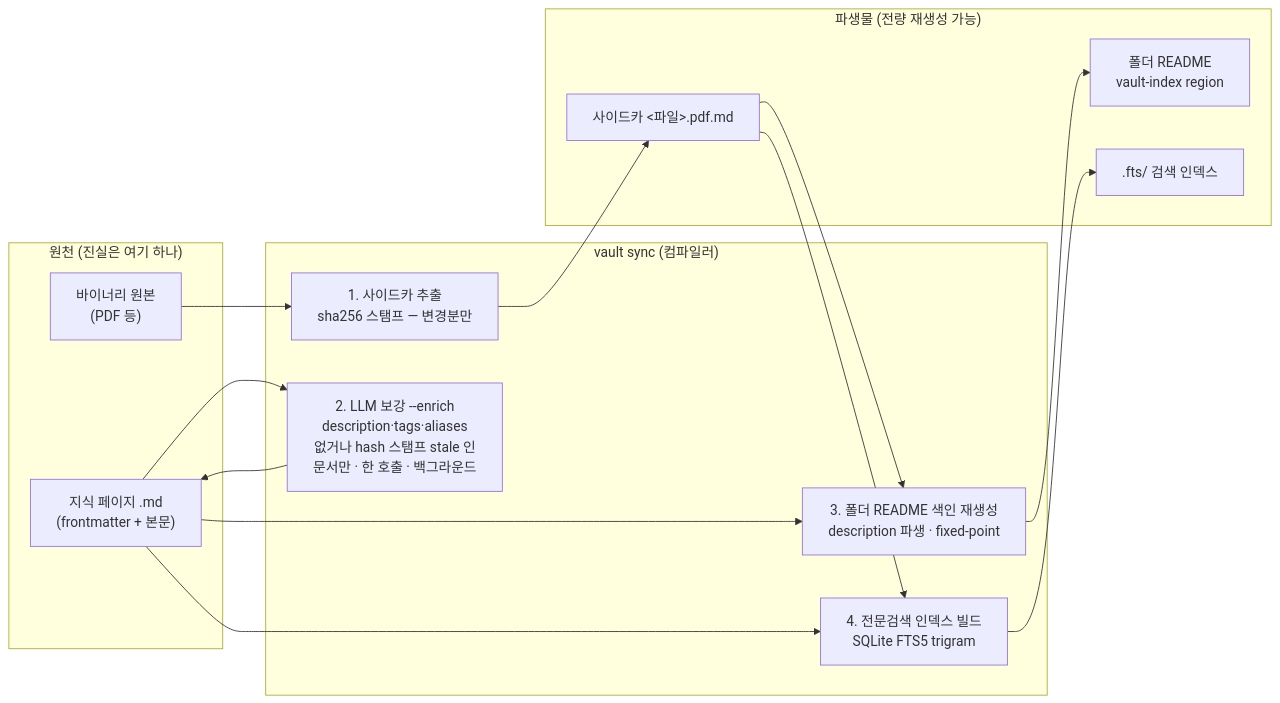
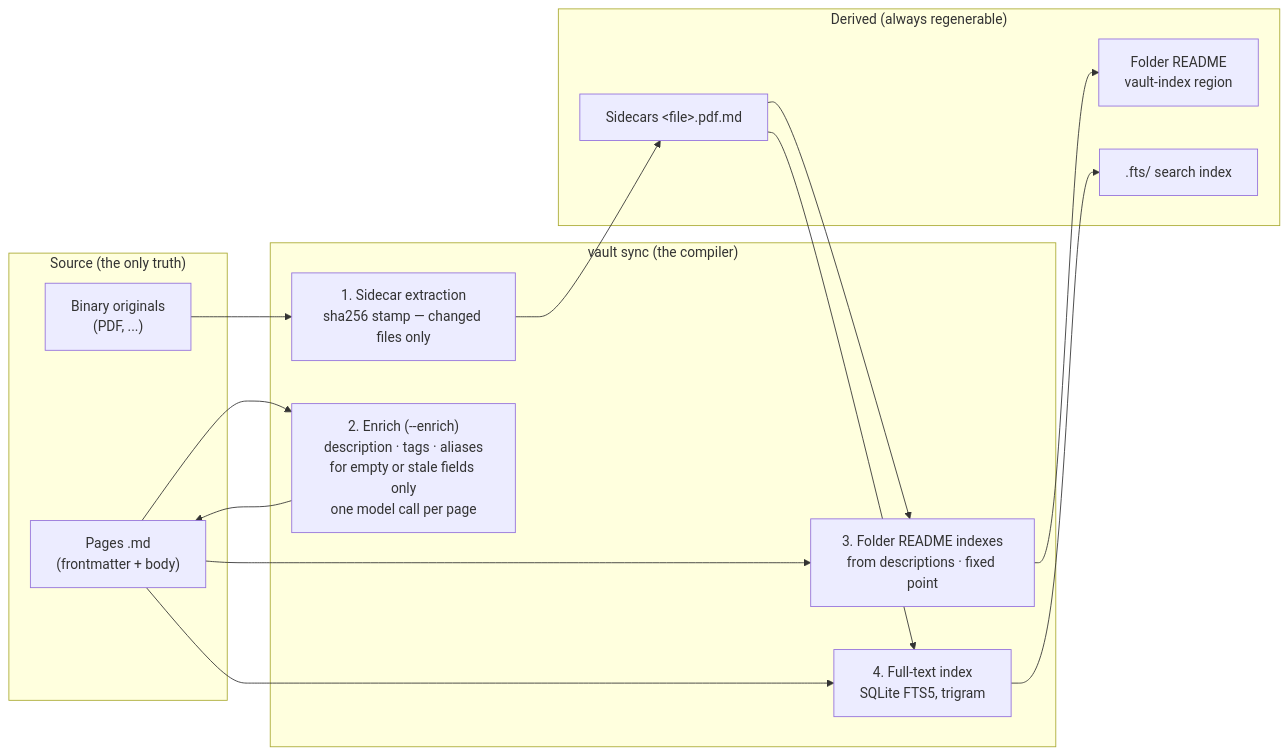
Before and after one commit to aldegad/kuma-vault: the first of 5 diagrams in docs/architecture.md, drawn with Mermaid. The commit also changed other lines of this file and 184 other files, not shown here.

````diff
--- a/docs/architecture.md
+++ b/docs/architecture.md
@@ -18,27 +25,27 @@
 ```mermaid
 flowchart LR
-    subgraph SRC["원천 (진실은 여기 하나)"]
-        MD["지식 페이지 .md<br/>(frontmatter + 본문)"]
-        BIN["바이너리 원본<br/>(PDF 등)"]
+    subgraph SRC["Source (the only truth)"]
+        MD["Pages .md<br/>(frontmatter + body)"]
+        BIN["Binary originals<br/>(PDF, ...)"]
     end
 
-    subgraph SYNC["vault sync (컴파일러)"]
-        S1["1. 사이드카 추출<br/>sha256 스탬프 — 변경분만"]
-        S2["2. LLM 보강 --enrich<br/>description·tags·aliases<br/>없거나 hash 스탬프 stale 인<br/>문서만 · 한 호출 · 백그라운드"]
-        S3["3. 폴더 README 색인 재생성<br/>description 파생 · fixed-point"]
-        S4["4. 전문검색 인덱스 빌드<br/>SQLite FTS5 trigram"]
+    subgraph SYNC["vault sync (the compiler)"]
+        S1["1. Sidecar extraction<br/>sha256 stamp — changed files only"]
+        S2["2. Enrich (--enrich)<br/>description · tags · aliases<br/>for empty or stale fields only<br/>one model call per page"]
+        S3["3. Folder README indexes<br/>from descriptions · fixed point"]
+        S4["4. Full-text index<br/>SQLite FTS5, trigram"]
     end
 
-    subgraph OUT["파생물 (전량 재생성 가능)"]
-        SC["사이드카 &lt;파일&gt;.pdf.md"]
-        IDX["폴더 README<br/>vault-index region"]
-        FTS[".fts/ 검색 인덱스"]
+    subgraph OUT["Derived (always regenerable)"]
+        SC["Sidecars &lt;file&gt;.pdf.md"]
+        IDX["Folder README<br/>vault-index region"]
+        FTS[".fts/ search index"]
     end
 
     BIN --> S1 --> SC
     MD --> S2 --> MD
     MD --> S3 --> IDX
     SC --> S3
     MD --> S4 --> FTS
     SC --> S4
 ```
````
